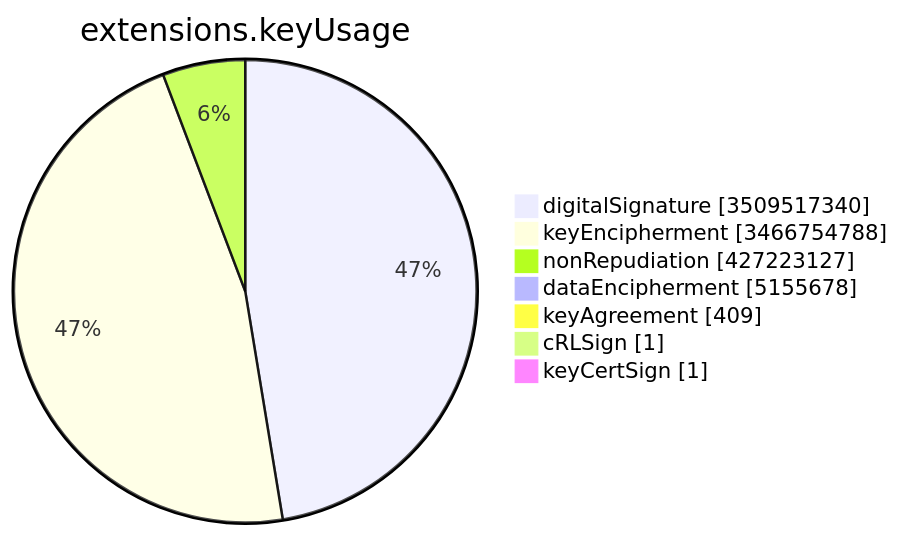
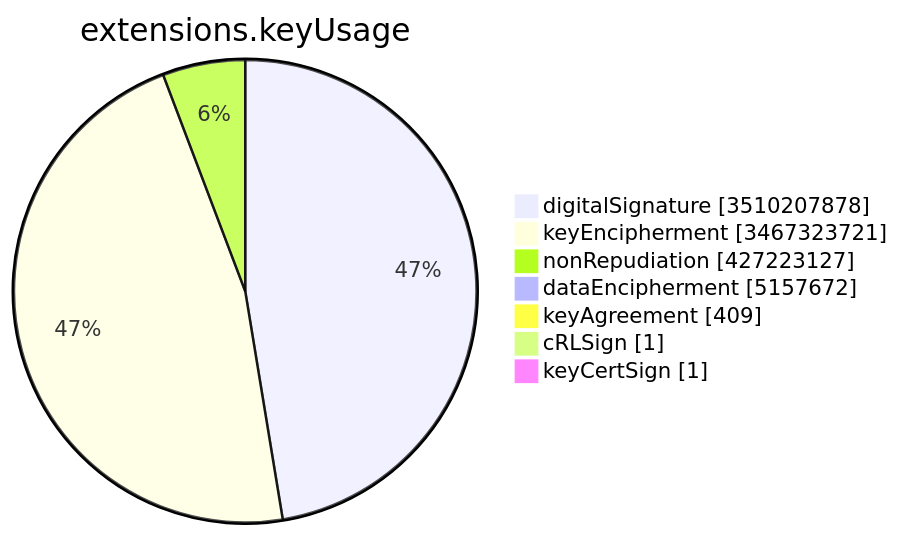
One commit to christiankrug/ctmonitor_visualization changed the sixth of 15 diagrams in TOTAL/README.md. Above: the diagram before and after it, drawn with Mermaid. The commit also changed other lines of this file, not shown here.

````diff
--- a/TOTAL/README.md
+++ b/TOTAL/README.md
@@ -3083,11 +3083,11 @@
 ```mermaid
 pie showData
 title extensions.keyUsage
-"digitalSignature" :3509517340
-"keyEncipherment" :3466754788
+"digitalSignature" :3510207878
+"keyEncipherment" :3467323721
 "nonRepudiation" :427223127
-"dataEncipherment" :5155678
+"dataEncipherment" :5157672
 "keyAgreement" :409
 "cRLSign" :1
 "keyCertSign" :1
 ```
````
